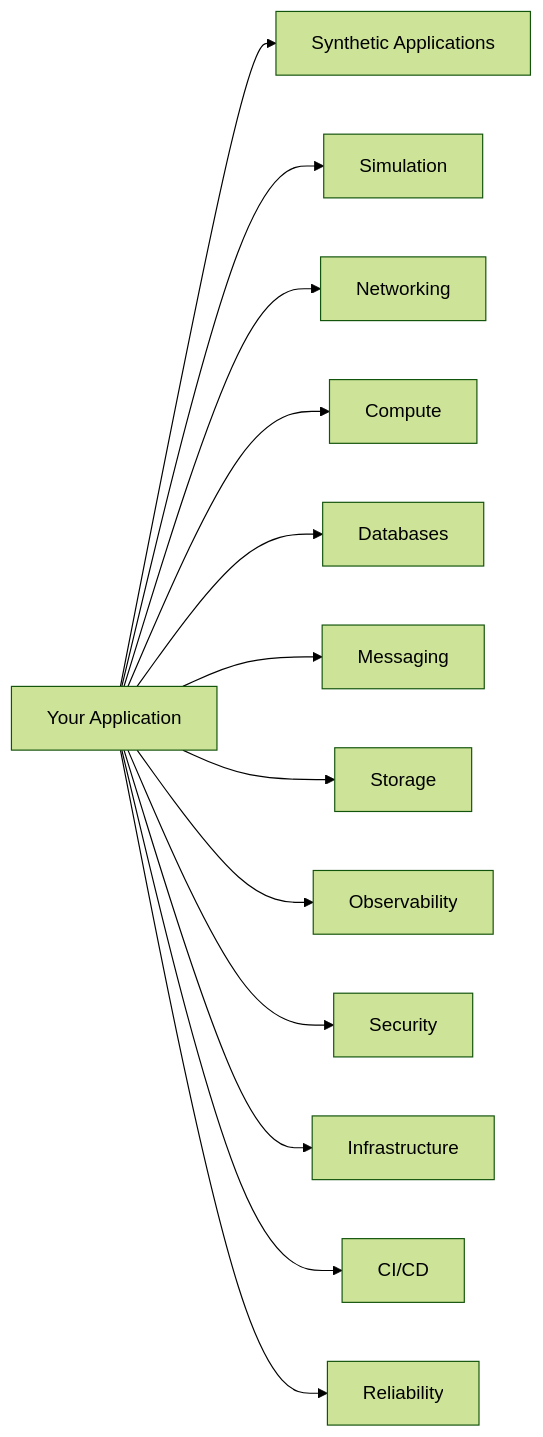
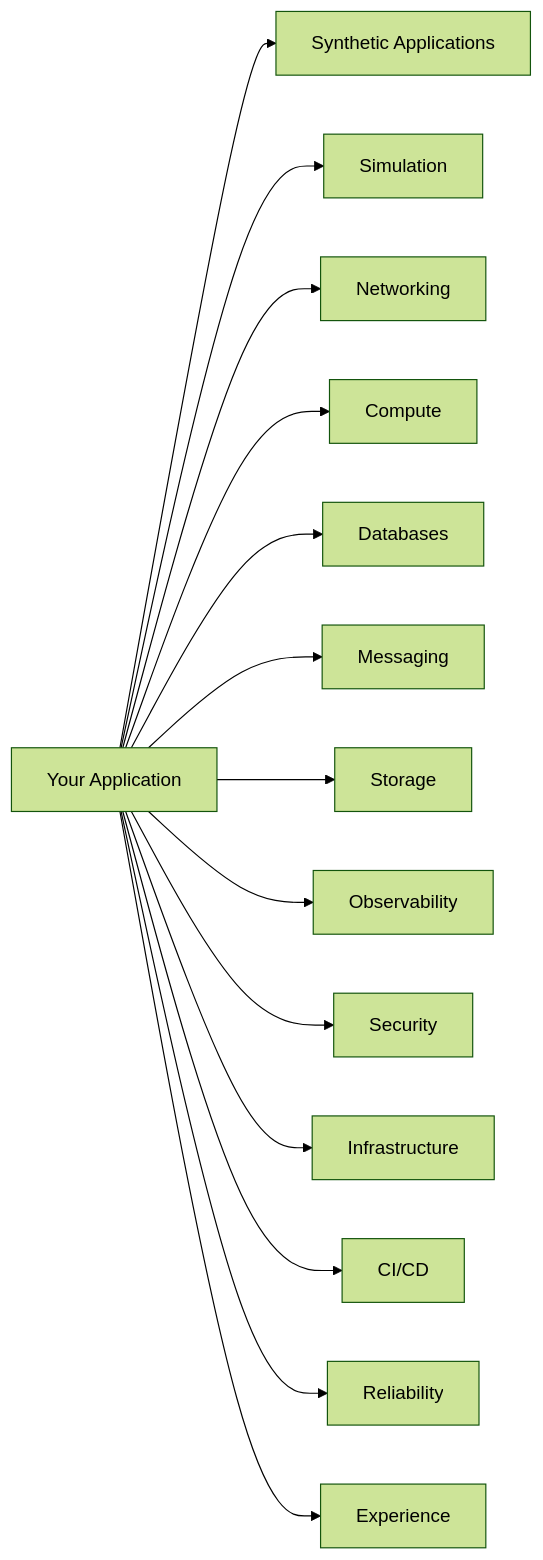
One commit to samin-al-wasee/production-simulator changed the diagram in docs/component-catalog.md. Above: the diagram before and after it, drawn with Mermaid (forest theme). The commit also changed other lines of this file and 12 other files, not shown here.

````diff
--- a/docs/component-catalog.md
+++ b/docs/component-catalog.md
@@ -11,16 +11,17 @@
 ```mermaid
 flowchart LR
     SA[Synthetic Applications]
     SIM[Simulation]
     NW[Networking]
     CP[Compute]
     DB[Databases]
     MS[Messaging]
     ST[Storage]
     OB[Observability]
     SE[Security]
     IN[Infrastructure]
     CI[CI/CD]
     RE[Reliability]
-    APP[Your Application] --> SA & SIM & NW & CP & DB & MS & ST & OB & SE & IN & CI & RE
+    EX[Experience]
+    APP[Your Application] --> SA & SIM & NW & CP & DB & MS & ST & OB & SE & IN & CI & RE & EX
 ```
````
